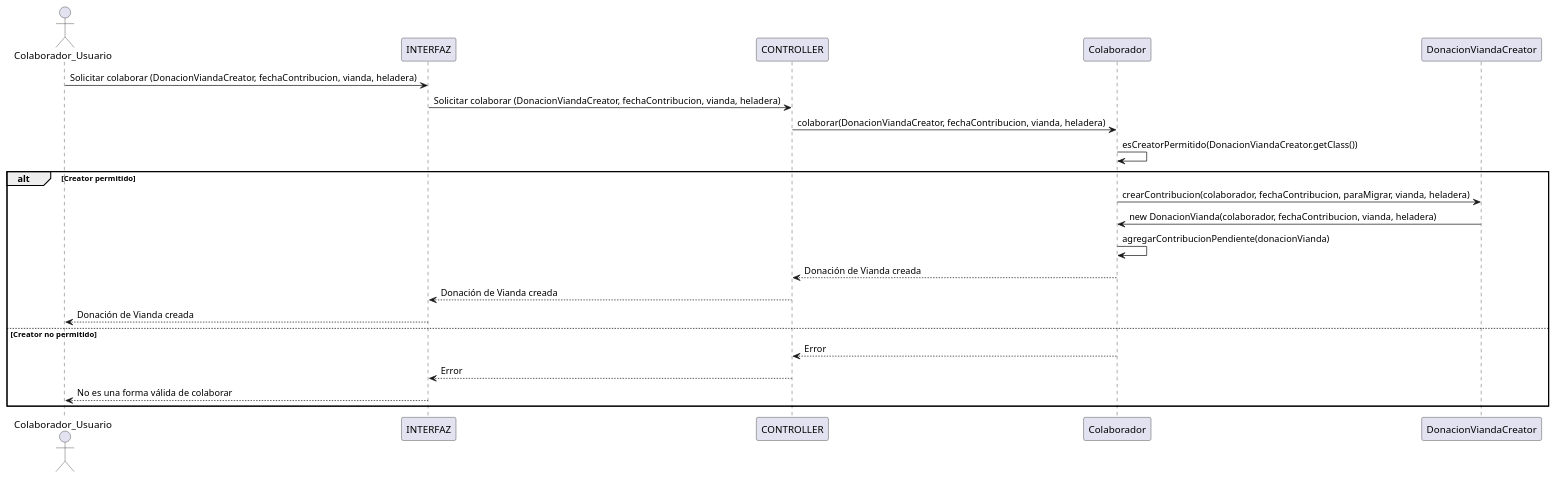
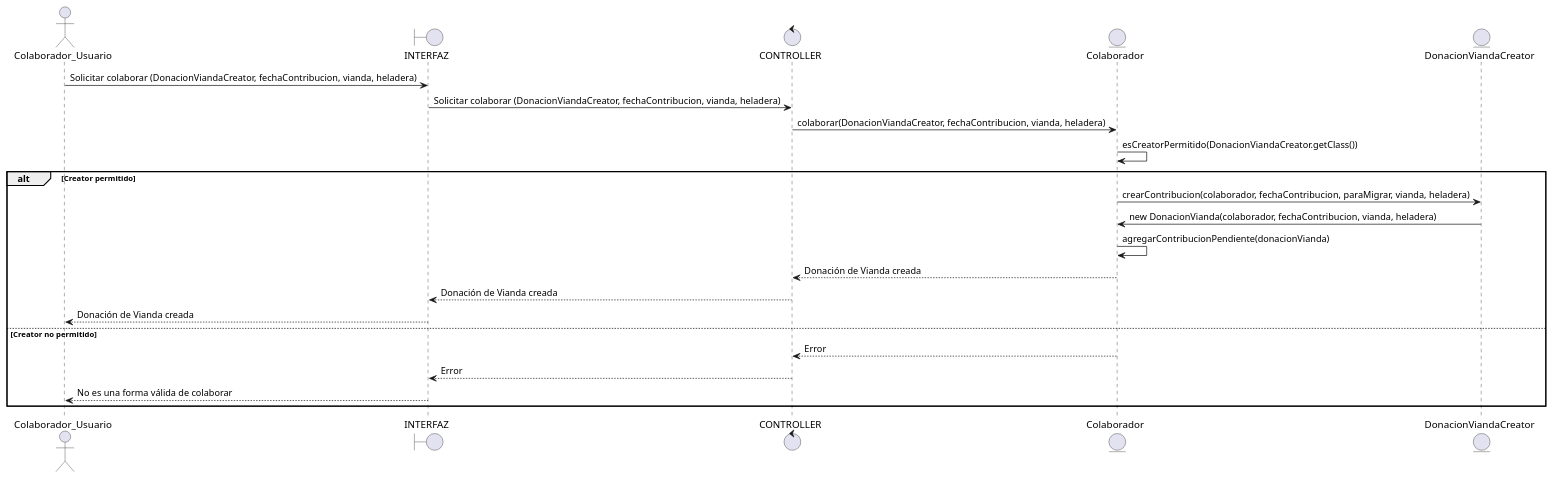
Before and after one commit to luciacosenza/DDS-grupo10: the diagram in proyecto_heladeras_solidarias/docs/plant_uml/diagramas_secuencia/donar_vianda/donar_vianda_colaborar.plantuml, drawn with PlantUML. The commit also changed 16 other files, not shown here.

Commit message:
Agrego iconos correctos a diagramas de secuencia

```diff
--- a/proyecto_heladeras_solidarias/docs/plant_uml/diagramas_secuencia/donar_vianda/donar_vianda_colaborar.plantuml
+++ b/proyecto_heladeras_solidarias/docs/plant_uml/diagramas_secuencia/donar_vianda/donar_vianda_colaborar.plantuml
@@ -1,24 +1,24 @@
 @startuml donar_vianda_colaborar
 actor Colaborador_Usuario as User
-participant INTERFAZ
-participant CONTROLLER
-participant "Colaborador" as Colaborador
-participant "DonacionViandaCreator" as DonacionViandaCreator
+boundary INTERFAZ
+control CONTROLLER
+entity "Colaborador" as Colaborador
+entity "DonacionViandaCreator" as DonacionViandaCreator
 
 User -> INTERFAZ: Solicitar colaborar (DonacionViandaCreator, fechaContribucion, vianda, heladera)
 INTERFAZ -> CONTROLLER: Solicitar colaborar (DonacionViandaCreator, fechaContribucion, vianda, heladera)
 CONTROLLER -> Colaborador: colaborar(DonacionViandaCreator, fechaContribucion, vianda, heladera)
 Colaborador -> Colaborador: esCreatorPermitido(DonacionViandaCreator.getClass())
 alt Creator permitido
     Colaborador -> DonacionViandaCreator: crearContribucion(colaborador, fechaContribucion, paraMigrar, vianda, heladera)
     DonacionViandaCreator -> Colaborador: new DonacionVianda(colaborador, fechaContribucion, vianda, heladera)
     Colaborador -> Colaborador: agregarContribucionPendiente(donacionVianda)
     Colaborador --> CONTROLLER: Donación de Vianda creada
     CONTROLLER --> INTERFAZ: Donación de Vianda creada
     INTERFAZ --> User: Donación de Vianda creada
 else Creator no permitido
     Colaborador --> CONTROLLER: Error
     CONTROLLER --> INTERFAZ: Error
     INTERFAZ --> User: No es una forma válida de colaborar
 end
 @enduml
```
